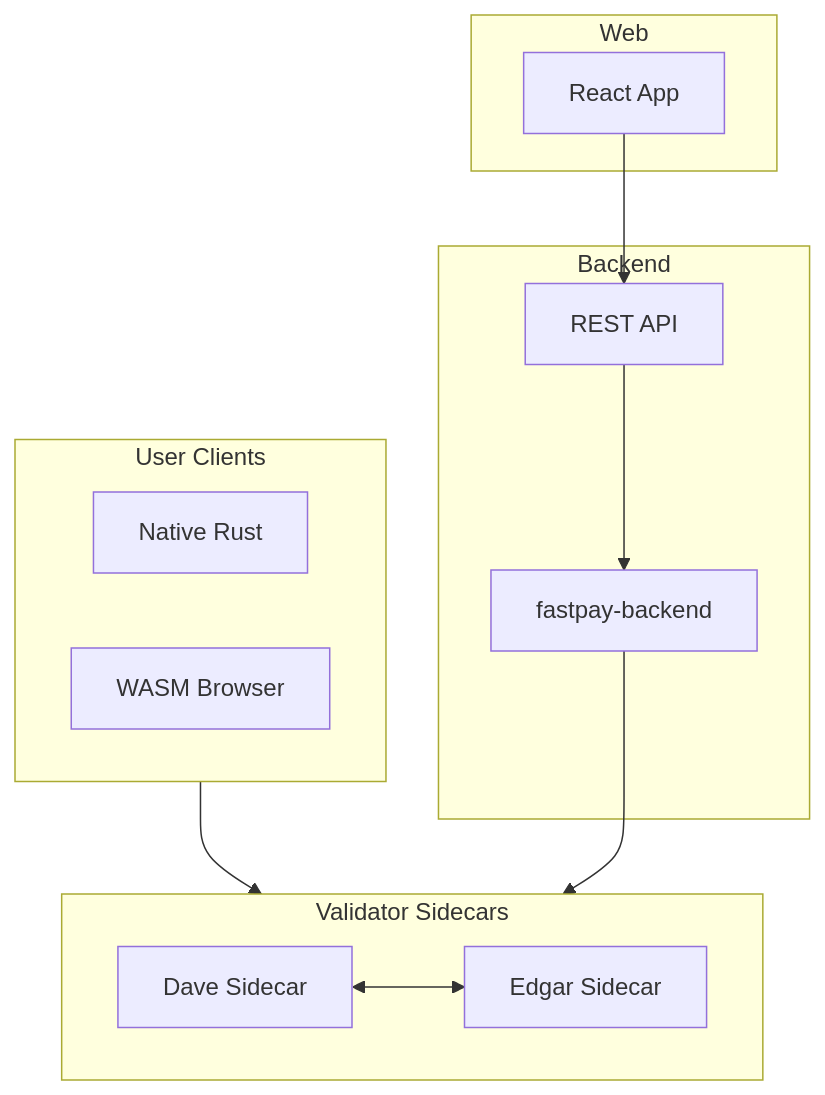
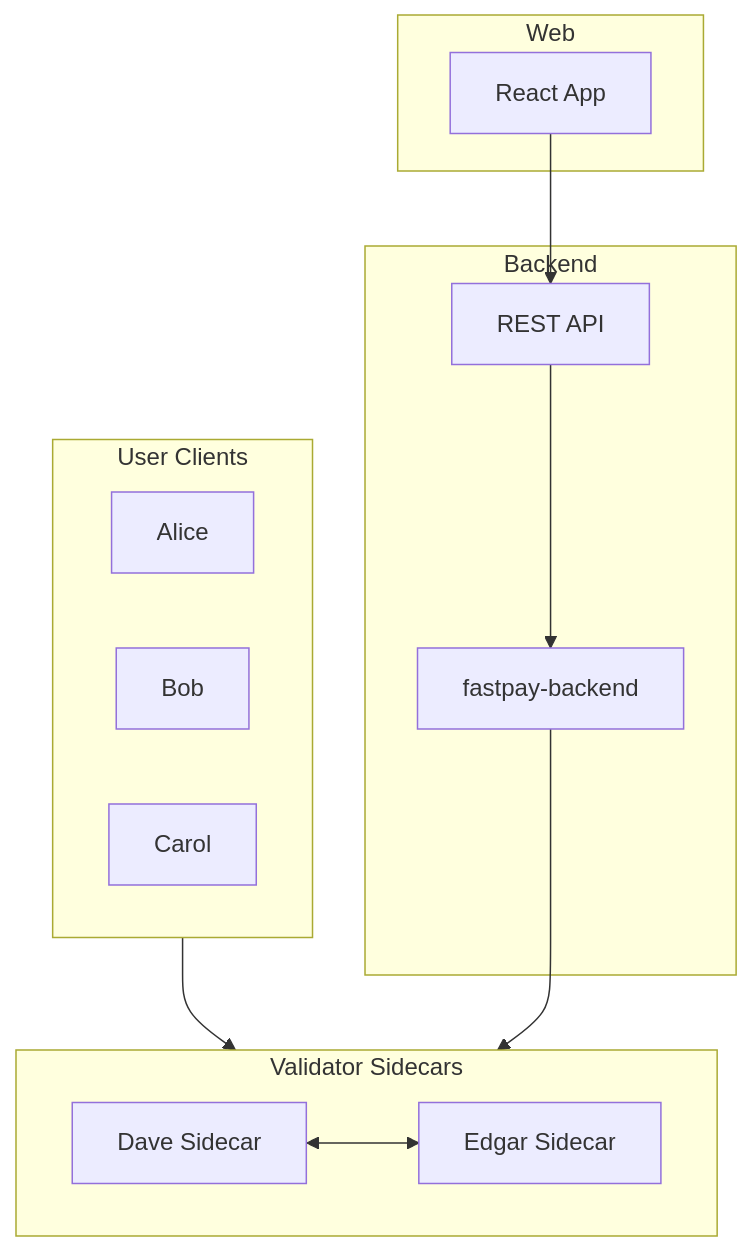
One commit to 01builders/allegro changed the first of 2 diagrams in docs/01-architecture.md. Above: the diagram before and after it, drawn with Mermaid.

Commit message:
Show Alice, Bob, Carol in architecture diagram

````diff
--- a/docs/01-architecture.md
+++ b/docs/01-architecture.md
@@ -9,27 +9,28 @@
 ```mermaid
 flowchart TB
     subgraph Clients["User Clients"]
-        Native["Native Rust"]
-        WASM["WASM Browser"]
+        Alice
+        Bob
+        Carol
     end
 
     subgraph Validators["Validator Sidecars"]
         Dave["Dave Sidecar"]
         Edgar["Edgar Sidecar"]
     end
 
     subgraph Aggregator["Backend"]
         Backend["fastpay-backend"]
         REST["REST API"]
     end
 
     subgraph Frontend["Web"]
         Web["React App"]
     end
 
     Clients --> Validators
     Dave <--> Edgar
     Backend --> Validators
     REST --> Backend
     Web --> REST
 ```
````
